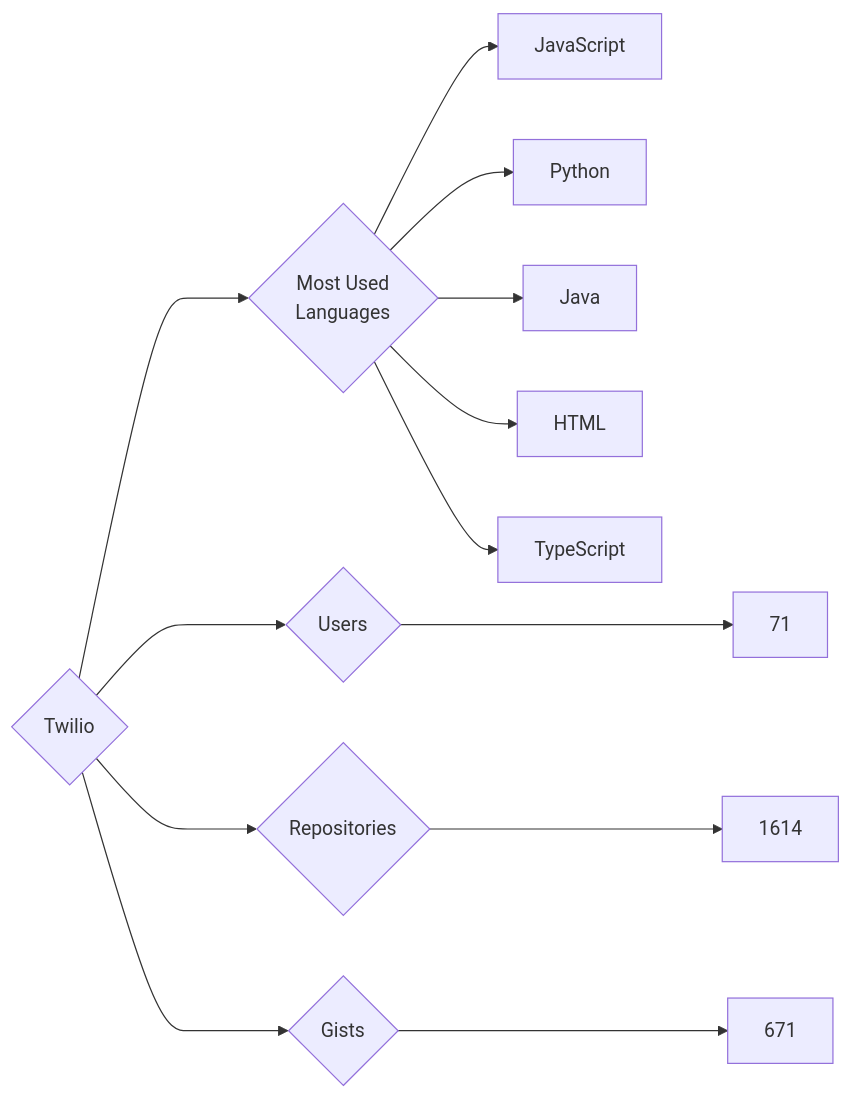
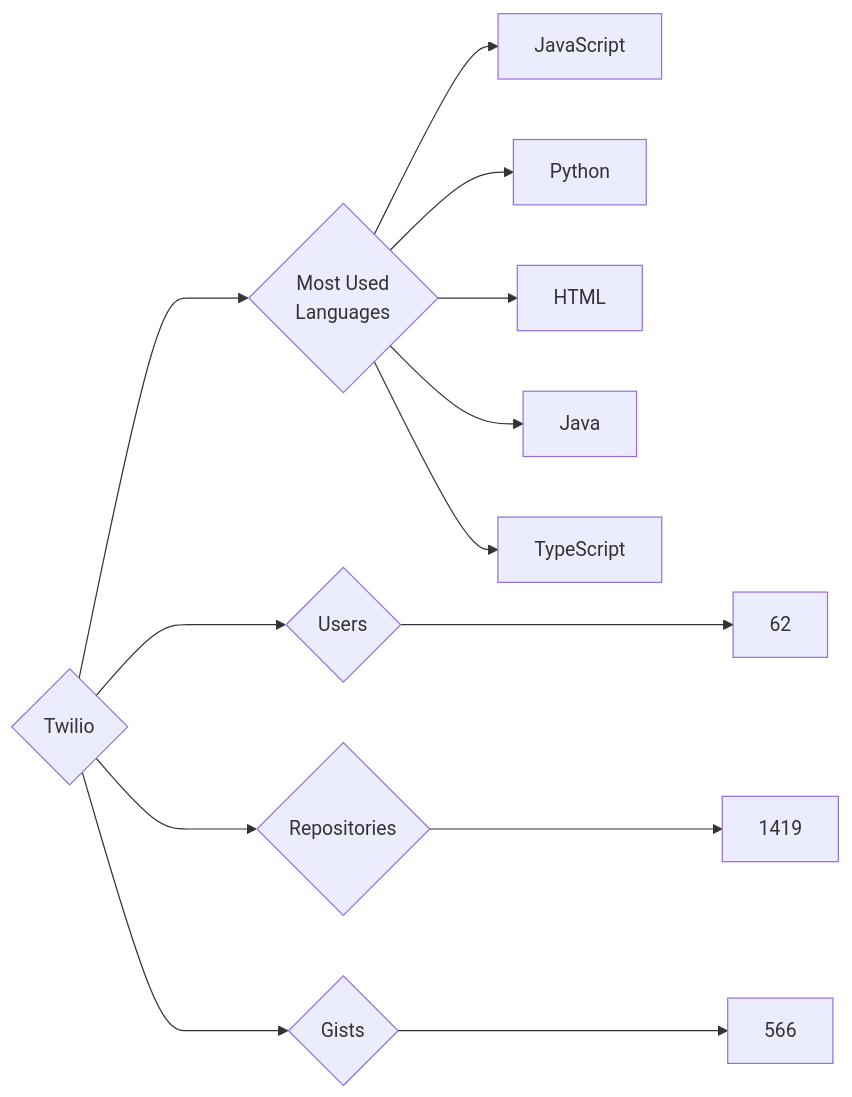
Before and after one commit to trickest/insiders: the diagram in targets/Twilio/README.md, drawn with Mermaid. The commit also changed 970 other files, not shown here.

````diff
--- a/targets/Twilio/README.md
+++ b/targets/Twilio/README.md
@@ -3,13 +3,13 @@
 ```mermaid
 graph LR
 COMPANY_NAME{Twilio}
-COMPANY_NAME ---> U{Users} ---> UN[71]
-COMPANY_NAME ---> R{Repositories} ---> RN[1614]
-COMPANY_NAME ---> G{Gists} ---> GN[671]
+COMPANY_NAME ---> U{Users} ---> UN[62]
+COMPANY_NAME ---> R{Repositories} ---> RN[1419]
+COMPANY_NAME ---> G{Gists} ---> GN[566]
 COMPANY_NAME ---> ML{Most Used<br>Languages}
 ML --> JavaScript[JavaScript]
 ML --> Python[Python]
+ML --> HTML[HTML]
 ML --> Java[Java]
-ML --> HTML[HTML]
 ML --> TypeScript[TypeScript]
 ```
````
